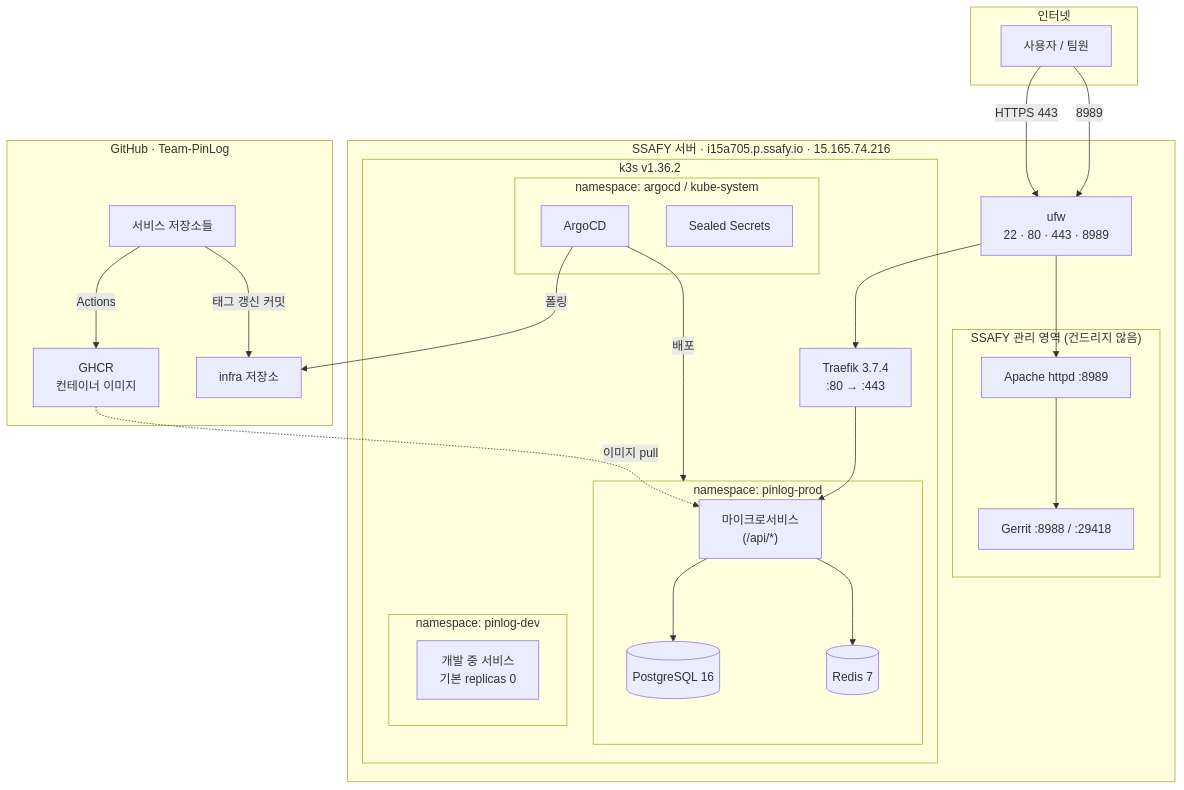
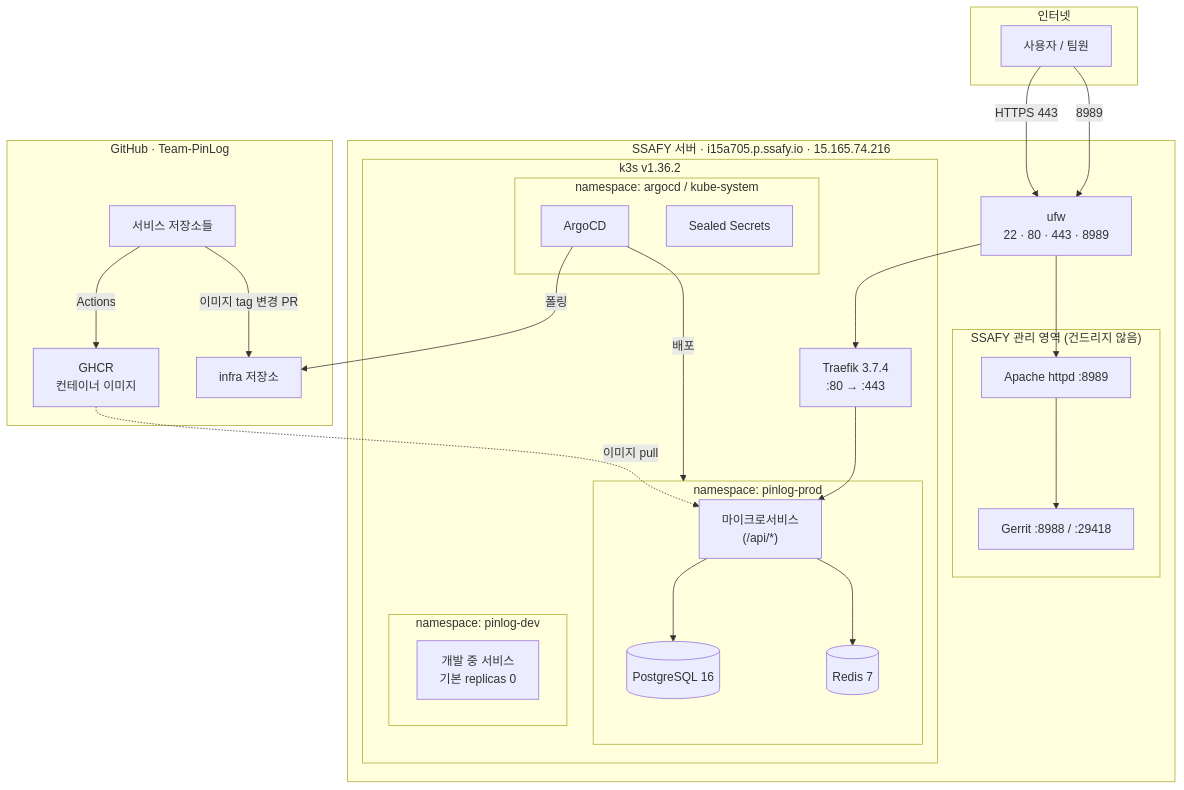
One commit to Team-PinLog/infra changed the first of 2 diagrams in docs/architecture.md. Above: the diagram before and after it, drawn with Mermaid. The commit also changed other lines of this file and 11 other files, not shown here.

````diff
--- a/docs/architecture.md
+++ b/docs/architecture.md
@@ -13,55 +13,55 @@
 ```mermaid
 flowchart TB
     subgraph inet["인터넷"]
         U["사용자 / 팀원"]
     end
 
     subgraph host["SSAFY 서버 · i15a705.p.ssafy.io · 15.165.74.216"]
         UFW["ufw<br/>22 · 80 · 443 · 8989"]
 
         subgraph ssafy["SSAFY 관리 영역 (건드리지 않음)"]
             AP["Apache httpd :8989"]
             GR["Gerrit :8988 / :29418"]
             AP --> GR
         end
 
         subgraph k3s["k3s v1.36.2"]
             TR["Traefik 3.7.4<br/>:80 → :443"]
 
             subgraph prod["namespace: pinlog-prod"]
                 SVC["마이크로서비스<br/>(/api/*)"]
                 PG[("PostgreSQL 16")]
                 RD[("Redis 7")]
                 SVC --> PG
                 SVC --> RD
             end
 
             subgraph dev["namespace: pinlog-dev"]
                 DSVC["개발 중 서비스<br/>기본 replicas 0"]
             end
 
             subgraph sys["namespace: argocd / kube-system"]
                 AC["ArgoCD"]
                 SS["Sealed Secrets"]
             end
 
             TR --> SVC
         end
     end
 
     subgraph gh["GitHub · Team-PinLog"]
         INFRA["infra 저장소"]
         SVCREPO["서비스 저장소들"]
         GHCR["GHCR<br/>컨테이너 이미지"]
     end
 
     U -->|HTTPS 443| UFW
     U -->|8989| UFW
     UFW --> TR
     UFW --> AP
     SVCREPO -->|Actions| GHCR
-    SVCREPO -->|태그 갱신 커밋| INFRA
+    SVCREPO -->|이미지 tag 변경 PR| INFRA
     AC -->|폴링| INFRA
     AC -->|배포| prod
     GHCR -.->|이미지 pull| SVC
 ```
````
